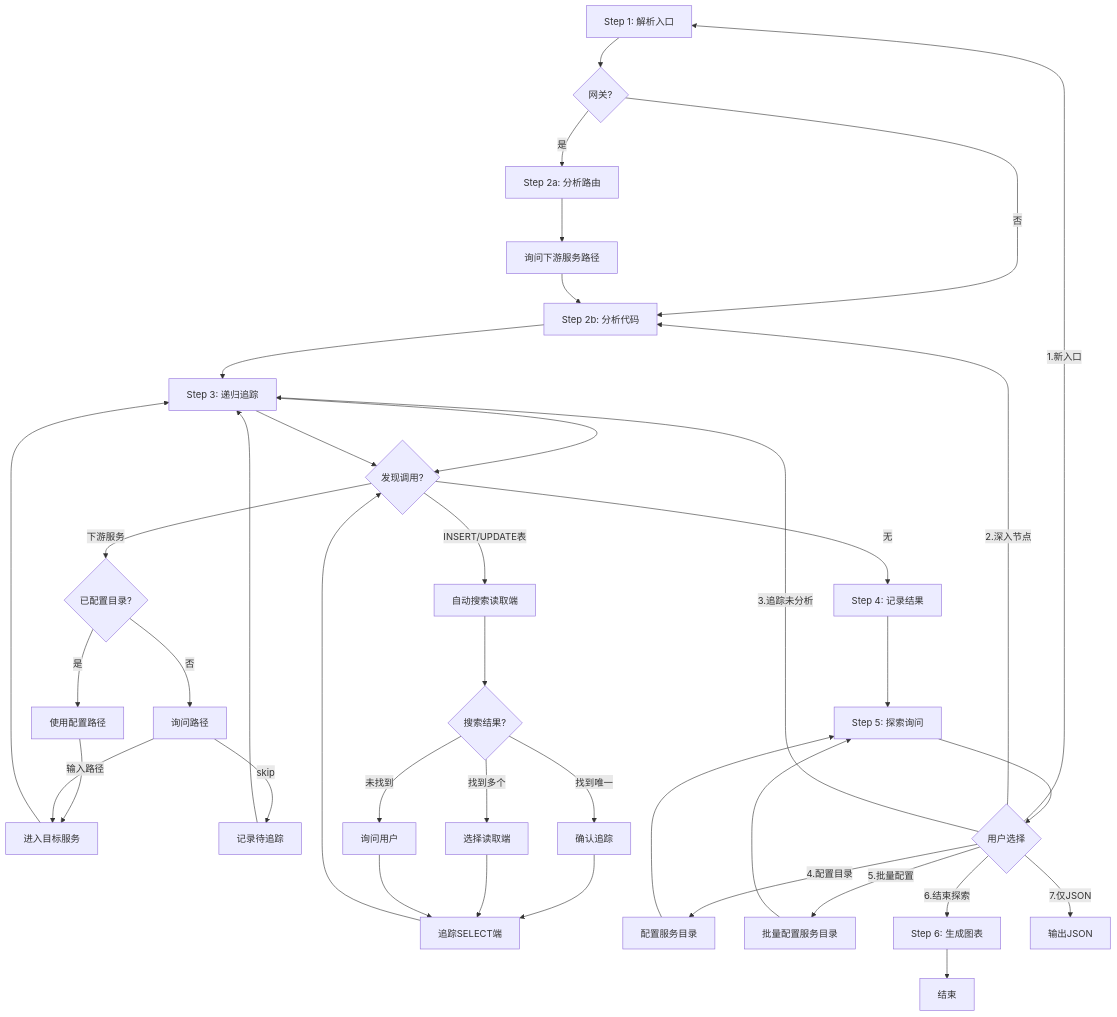
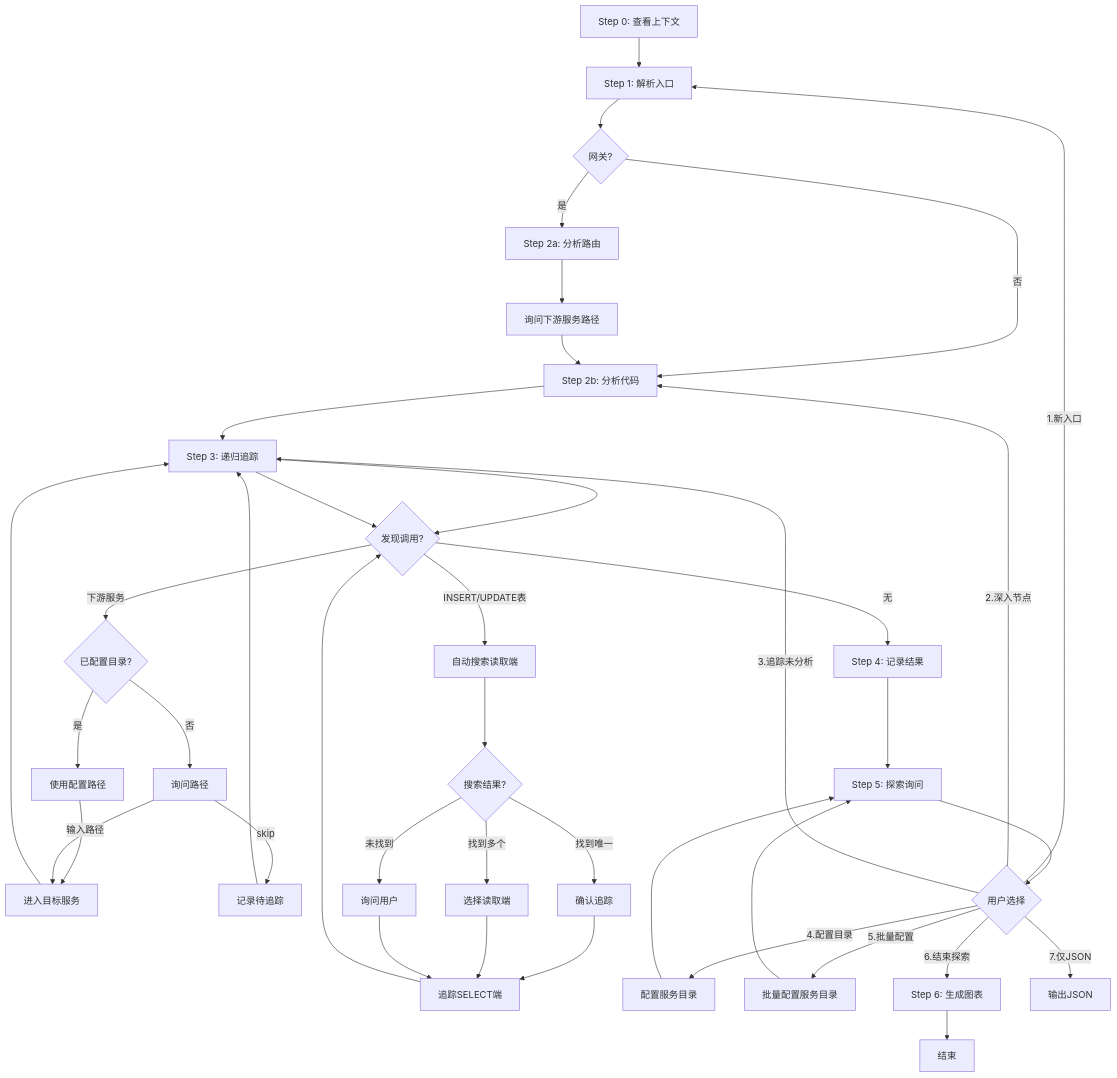
The first of 3 diagrams in SKILL.md (yves960/flow-trace), drawn with Mermaid before and after one commit. The commit also changed other lines of this file and 1 other file, not shown here.

````diff
--- a/SKILL.md
+++ b/SKILL.md
@@ -120,48 +136,49 @@
 ```mermaid
 flowchart TB
-    Step1[Step 1: 解析入口] --> Step2{网关?}
+    Step0[Step 0: 查看上下文] --> Step1[Step 1: 解析入口]
+    Step1 --> Step2{网关?}
     Step2 -->|是| GW[Step 2a: 分析路由]
     Step2 -->|否| Service[Step 2b: 分析代码]
     GW --> Ask[询问下游服务路径]
     Ask --> Service
     
     Service --> Step3[Step 3: 递归追踪]
     Step3 --> FoundCall{发现调用?}
     
     FoundCall -->|下游服务| CheckConfig{已配置目录?}
     CheckConfig -->|是| UseConfig[使用配置路径]
     CheckConfig -->|否| AskPath[询问路径]
     UseConfig --> Step3b[进入目标服务]
     AskPath -->|输入路径| Step3b
     AskPath -->|skip| Record[记录待追踪]
     
     FoundCall -->|INSERT/UPDATE表| AutoSearch[自动搜索读取端]
     AutoSearch --> SearchResult{搜索结果?}
     SearchResult -->|找到唯一| Confirm[确认追踪]
     SearchResult -->|找到多个| SelectOne[选择读取端]
     SearchResult -->|未找到| AskReader[询问用户]
     Confirm --> Step3c[追踪SELECT端]
     SelectOne --> Step3c
     AskReader --> Step3c
     Step3c --> FoundCall
     
     FoundCall -->|无| Step4[Step 4: 记录结果]
     Step3b --> Step3
     Record --> Step3
     Step3 --> FoundCall
     
     Step4 --> Step5[Step 5: 探索询问]
     
     Step5 --> Choice{用户选择}
     Choice -->|1.新入口| Step1
     Choice -->|2.深入节点| Service
     Choice -->|3.追踪未分析| Step3
     Choice -->|4.配置目录| Config[配置服务目录]
     Config --> Step5
     Choice -->|5.批量配置| BatchConfig[批量配置服务目录]
     BatchConfig --> Step5
     Choice -->|6.结束探索| Step6[Step 6: 生成图表]
     Choice -->|7.仅JSON| JSONOnly[输出JSON]
     
     Step6 --> End[结束]
 ```
````
